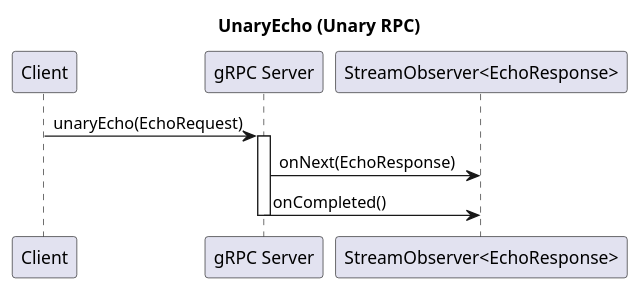
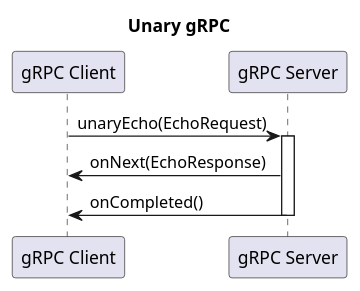
Before and after one commit to c0p4c4b4n4/grpc-grpc-java: the diagram in _raw/example1/images/unary.puml, drawn with PlantUML. The commit also changed 1 other file, not shown here.

```diff
--- a/_raw/example1/images/unary.puml
+++ b/_raw/example1/images/unary.puml
@@ -1,15 +1,14 @@
 @startuml
-title UnaryEcho (Unary RPC)
+title Unary gRPC
 
-participant Client
+participant "gRPC Client" as Client
 participant "gRPC Server" as Server
-participant "StreamObserver<EchoResponse>" as RespObs
 
 Client -> Server: unaryEcho(EchoRequest)
+
 activate Server
+Server -> Client: onNext(EchoResponse)
+Server -> Client: onCompleted()
+deactivate Server
 
-Server -> RespObs: onNext(EchoResponse)
-Server -> RespObs: onCompleted()
-
-deactivate Server
 @enduml
```
